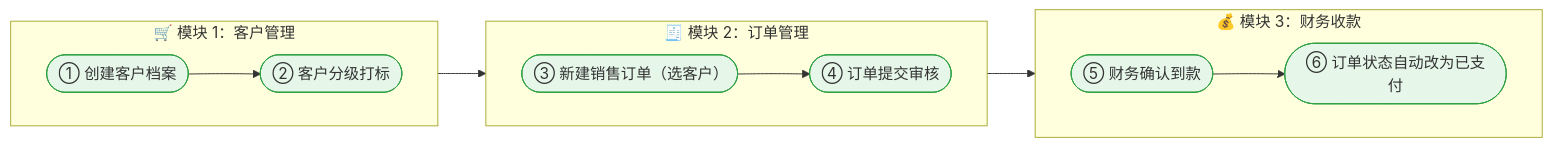
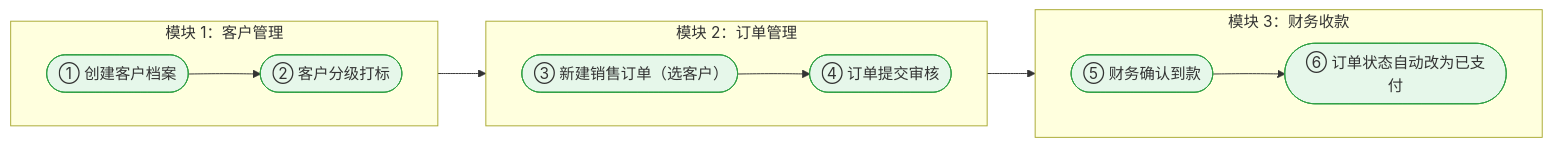
The first of 2 diagrams in templates/appendix-D-snake-flows.md (songzhou666/ManualGen), drawn with Mermaid before and after one commit. The commit also changed other lines of this file and 45 other files, not shown here.

First line of the commit message:
fix: 全库去除 emoji 图标并修复删除后残留的语义残缺

````diff
--- a/templates/appendix-D-snake-flows.md
+++ b/templates/appendix-D-snake-flows.md
@@ -30,23 +30,23 @@
 ```mermaid
 flowchart LR
-    subgraph MOD_001_模块名["🛒 模块 1：客户管理"]
-      direction LR
-      N1(["① 创建客户档案"])
-      N2(["② 客户分级打标"])
-    end
-    subgraph MOD_002_模块名["🧾 模块 2：订单管理"]
-      direction LR
-      N3(["③ 新建销售订单（选客户）"])
-      N4(["④ 订单提交审核"])
-    end
-    subgraph MOD_003_模块名["💰 模块 3：财务收款"]
-      direction LR
-      N5(["⑤ 财务确认到款"])
-      N6(["⑥ 订单状态自动改为已支付"])
-    end
-    N1 --> N2 --> N3 --> N4 --> N5 --> N6
+ subgraph MOD_001_模块名[" 模块 1：客户管理"]
+ direction LR
+ N1(["① 创建客户档案"])
+ N2(["② 客户分级打标"])
+ end
+ subgraph MOD_002_模块名["模块 2：订单管理"]
+ direction LR
+ N3(["③ 新建销售订单（选客户）"])
+ N4(["④ 订单提交审核"])
+ end
+ subgraph MOD_003_模块名[" 模块 3：财务收款"]
+ direction LR
+ N5(["⑤ 财务确认到款"])
+ N6(["⑥ 订单状态自动改为已支付"])
+ end
+ N1 --> N2 --> N3 --> N4 --> N5 --> N6
 
-    classDef ok fill:#e6f7ea,stroke:#2ea043,stroke-width:1px
-    classDef warn fill:#fff4e5,stroke:#d4a72c,stroke-width:1px
-    class N1,N2,N3,N4,N5,N6 ok
+ classDef ok fill:#e6f7ea,stroke:#2ea043,stroke-width:1px
+ classDef warn fill:#fff4e5,stroke:#d4a72c,stroke-width:1px
+ class N1,N2,N3,N4,N5,N6 ok
 ```
````
